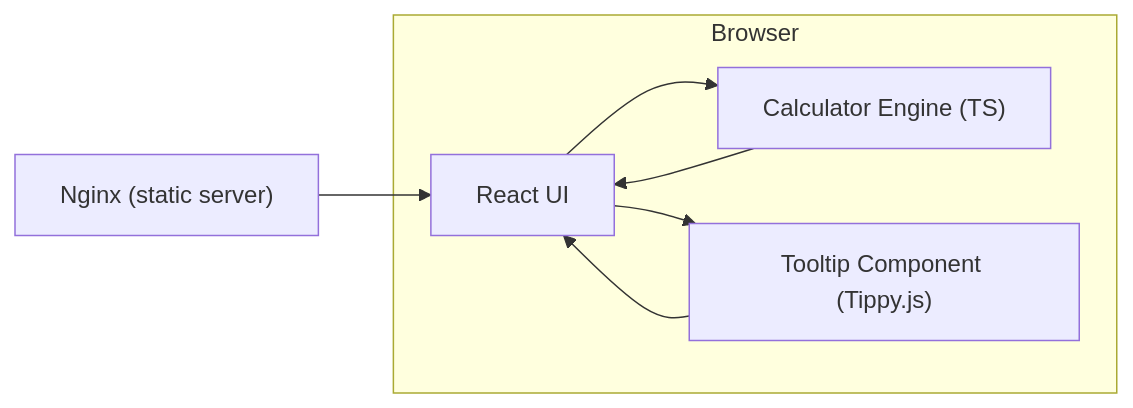
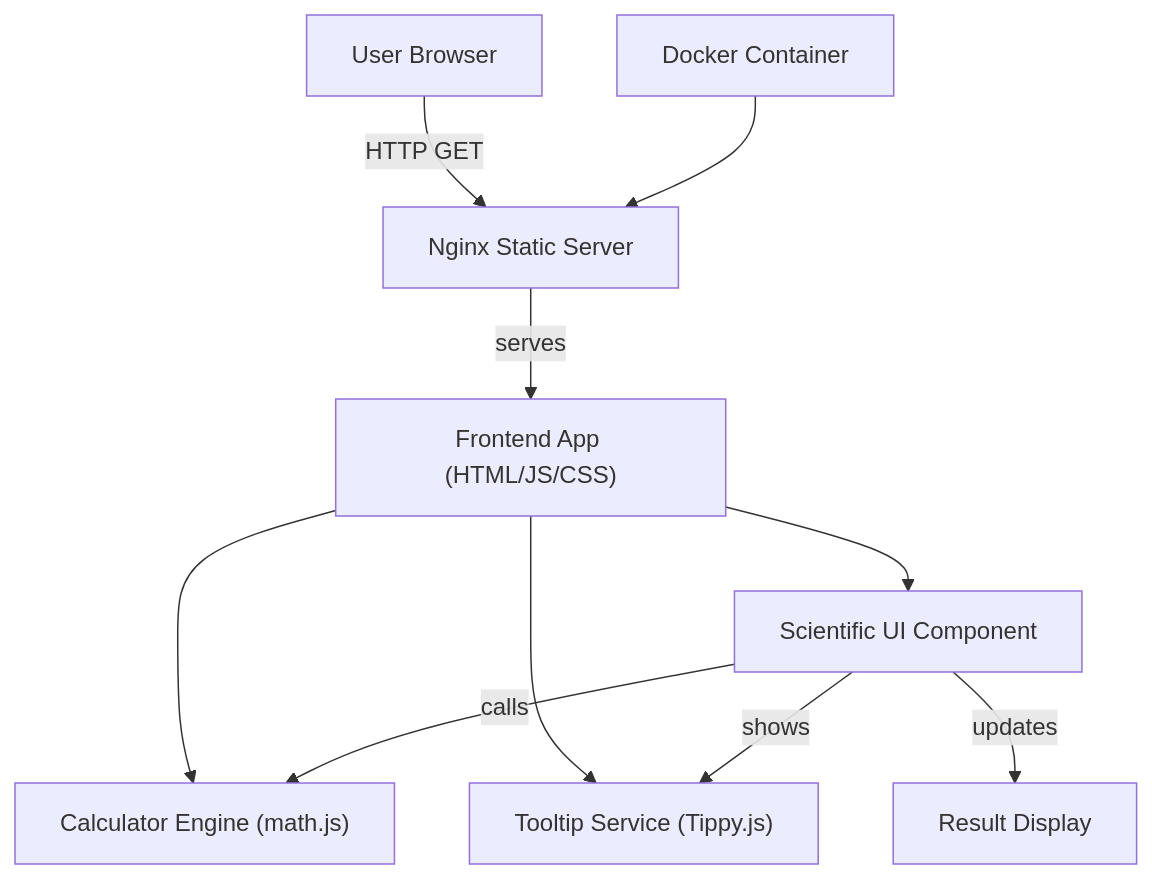
Before and after one commit to ErezKon/AgenticDevTeam: the diagram in generated-projects/simplecalculator/docs/agents/architect-mission.md, drawn with Mermaid. The commit also changed other lines of this file, not shown here.

````diff
--- a/generated-projects/simplecalculator/docs/agents/architect-mission.md
+++ b/generated-projects/simplecalculator/docs/agents/architect-mission.md
@@ -38,13 +41,12 @@
 ```mermaid
-flowchart LR
-    subgraph Browser
-        UI["React UI"]
-        Engine["Calculator Engine (TS)"]
-        Tooltip["Tooltip Component (Tippy.js)"]
-    end
-    Nginx["Nginx (static server)"] --> UI
-    UI --> Engine
-    UI --> Tooltip
-    Tooltip --> UI
-    Engine --> UI
+graph TD
+    UserBrowser[User Browser] -->|HTTP GET| NginxStaticServer[Nginx Static Server]
+    NginxStaticServer -->|serves| FrontendApp["Frontend App (HTML/JS/CSS)"]
+    FrontendApp --> ScientificUI[Scientific UI Component]
+    FrontendApp --> CalculatorEngine["Calculator Engine (math.js)"]
+    FrontendApp --> TooltipService["Tooltip Service (Tippy.js)"]
+    ScientificUI -->|calls| CalculatorEngine
+    ScientificUI -->|shows| TooltipService
+    ScientificUI -->|updates| Display[Result Display]
+    DockerContainer[Docker Container] --> NginxStaticServer
 ```
````
